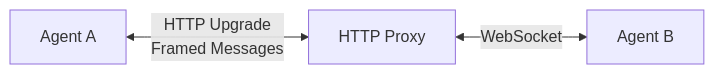
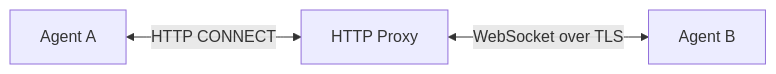
Before and after one commit to Muti-Metroo/Muti-Metroo: the third of 4 diagrams in docs/docs/concepts/transports.md, drawn with Mermaid. The commit also changed other lines of this file and 156 other files, not shown here.

````diff
--- a/docs/docs/concepts/transports.md
+++ b/docs/docs/concepts/transports.md
@@ -95,5 +67,5 @@
 ```mermaid
 flowchart LR
-    A[Agent A] <-->|"HTTP Upgrade<br/>Framed Messages"| Proxy[HTTP Proxy]
-    Proxy <-->|"WebSocket"| B[Agent B]
+    A[Agent A] <-->|"HTTP CONNECT"| Proxy[HTTP Proxy]
+    Proxy <-->|"WebSocket over TLS"| B[Agent B]
 ```
````
